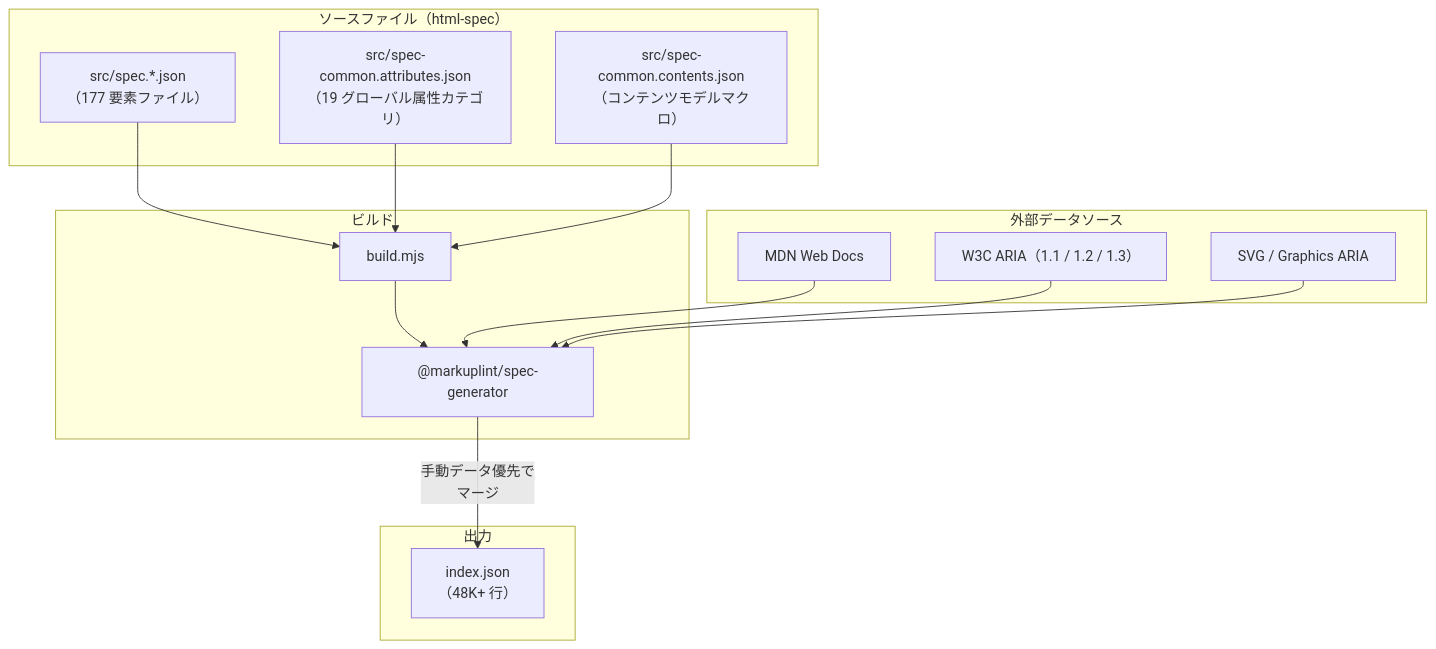
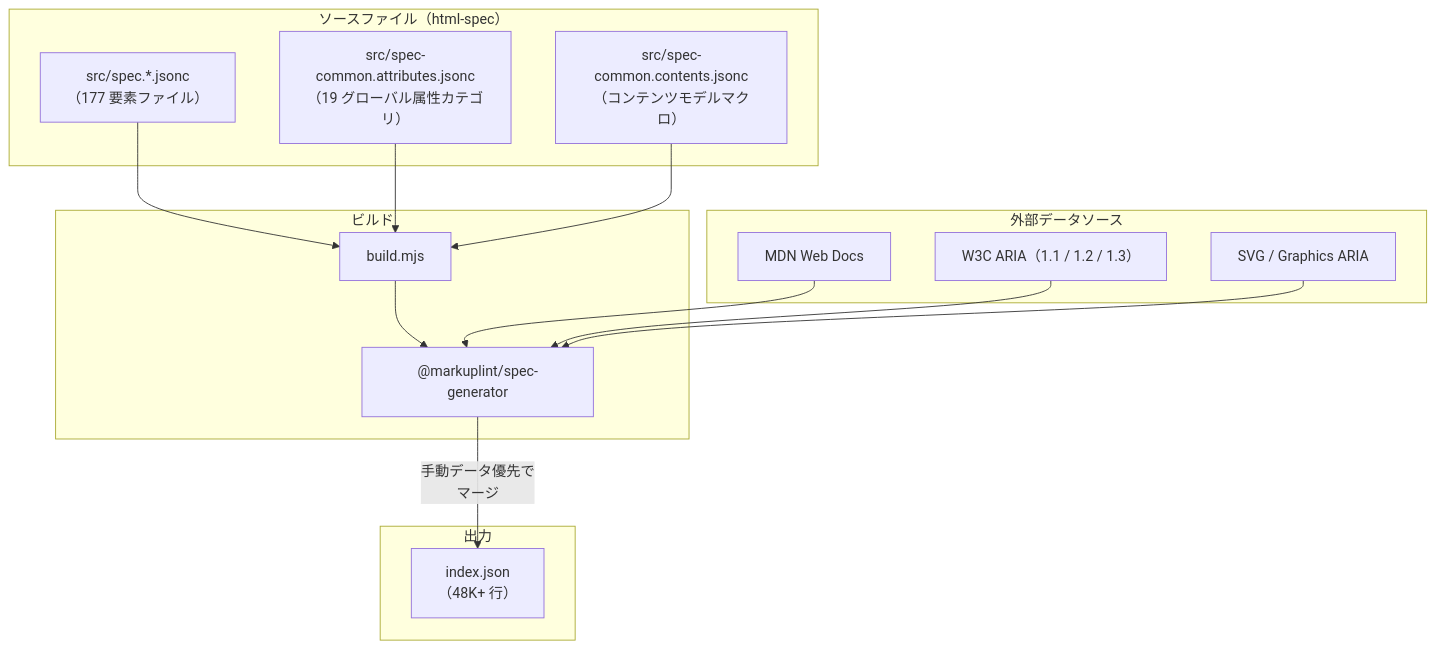
One commit to markuplint/markuplint changed the diagram in packages/@markuplint/html-spec/docs/build-pipeline.ja.md. Above: the diagram before and after it, drawn with Mermaid. The commit also changed other lines of this file and 190 other files, not shown here.

First line of the commit message:
refactor(html-spec): rename spec source files from .json to .jsonc

````diff
--- a/packages/@markuplint/html-spec/docs/build-pipeline.ja.md
+++ b/packages/@markuplint/html-spec/docs/build-pipeline.ja.md
@@ -18,34 +18,34 @@
 ```mermaid
 flowchart TD
     subgraph inputs ["ソースファイル（html-spec）"]
-        specFiles["src/spec.*.json\n（177 要素ファイル）"]
-        commonAttrs["src/spec-common.attributes.json\n（19 グローバル属性カテゴリ）"]
-        commonContents["src/spec-common.contents.json\n（コンテンツモデルマクロ）"]
+        specFiles["src/spec.*.jsonc\n（177 要素ファイル）"]
+        commonAttrs["src/spec-common.attributes.jsonc\n（19 グローバル属性カテゴリ）"]
+        commonContents["src/spec-common.contents.jsonc\n（コンテンツモデルマクロ）"]
     end
 
     subgraph build ["ビルド"]
         buildScript["build.mjs"]
         specGen["@markuplint/spec-generator"]
     end
 
     subgraph external ["外部データソース"]
         mdn["MDN Web Docs"]
         aria["W3C ARIA（1.1 / 1.2 / 1.3）"]
         svg["SVG / Graphics ARIA"]
     end
 
     subgraph output ["出力"]
         indexJson["index.json\n（48K+ 行）"]
     end
 
     specFiles --> buildScript
     commonAttrs --> buildScript
     commonContents --> buildScript
     buildScript --> specGen
 
     mdn --> specGen
     aria --> specGen
     svg --> specGen
 
     specGen -->|"手動データ優先で\nマージ"| indexJson
 ```
````
